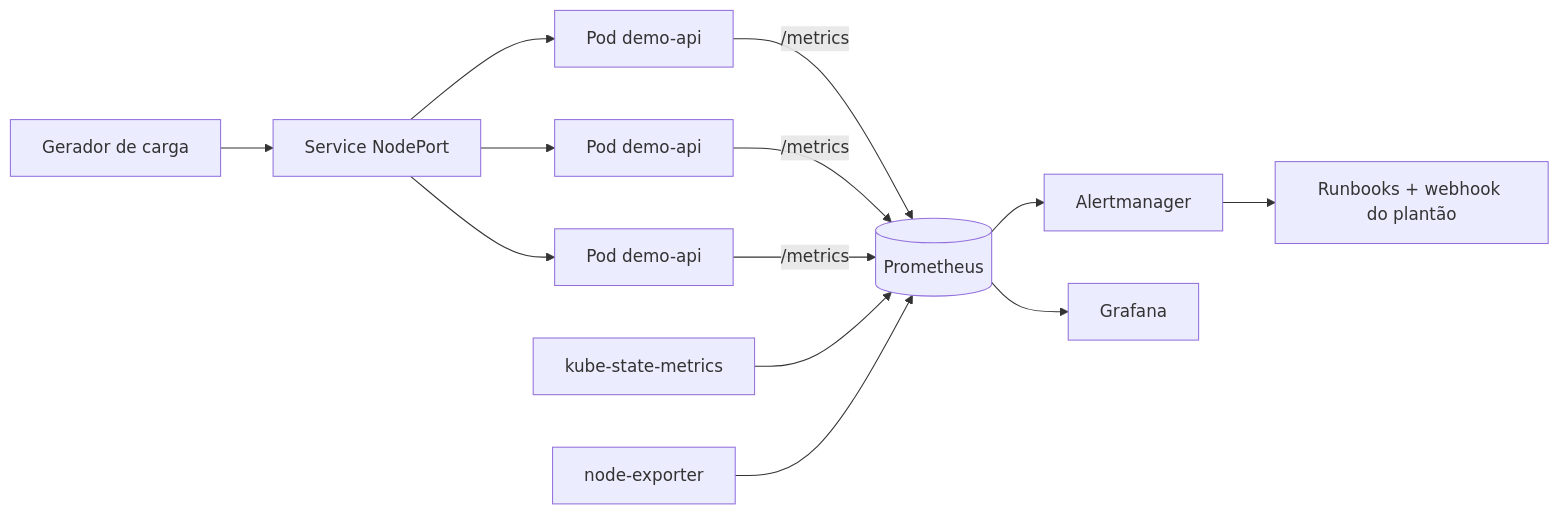
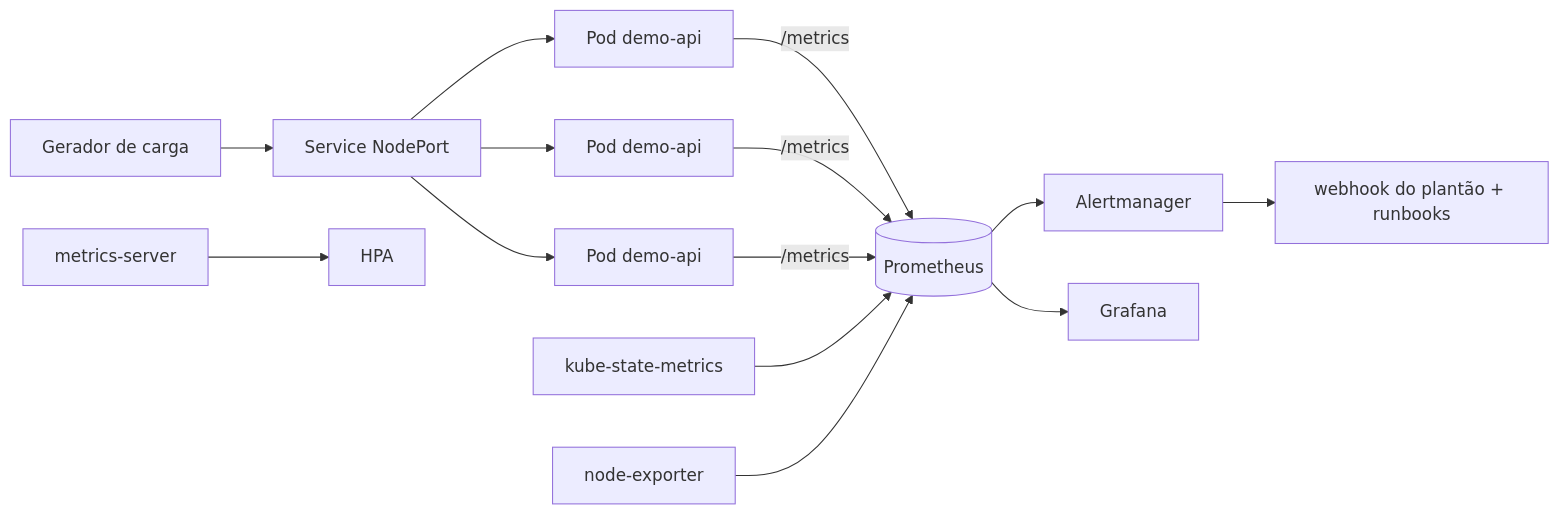
The diagram in README.md (sales1x/k8s-observability-stack), drawn with Mermaid before and after one commit. The commit also changed other lines of this file, not shown here.

````diff
--- a/README.md
+++ b/README.md
@@ -15,15 +15,16 @@
 ```mermaid
 flowchart LR
     U[Gerador de carga] --> S[Service NodePort]
     S --> P1[Pod demo-api]
     S --> P2[Pod demo-api]
     S --> P3[Pod demo-api]
     P1 -- /metrics --> PR[(Prometheus)]
     P2 -- /metrics --> PR
     P3 -- /metrics --> PR
     KSM[kube-state-metrics] --> PR
     NE[node-exporter] --> PR
+    MS[metrics-server] --> HPA[HPA]
     PR --> AM[Alertmanager]
     PR --> GF[Grafana]
-    AM --> RB[Runbooks + webhook do plantão]
+    AM --> WL[webhook do plantão + runbooks]
 ```
````
